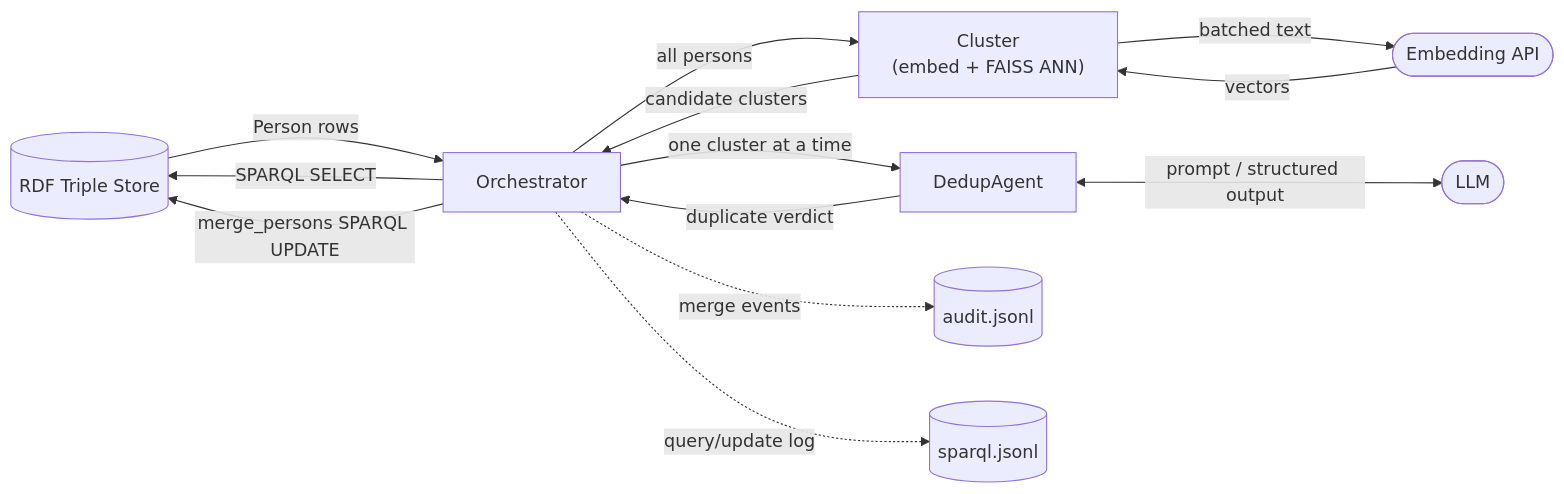
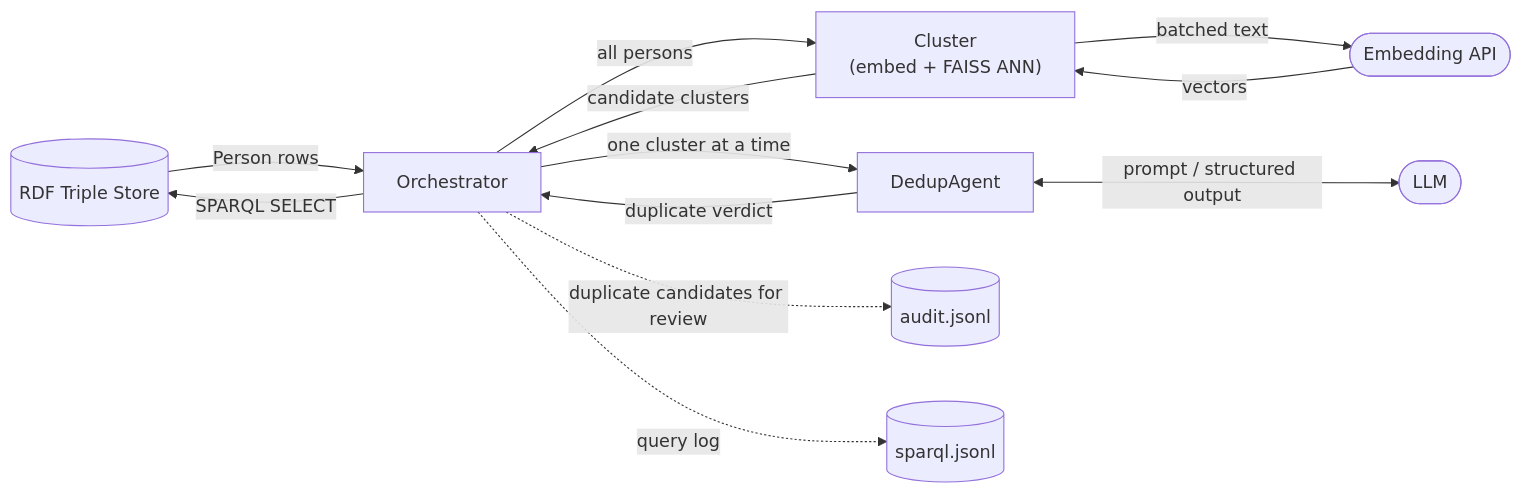
The diagram in README.md (lsgier/kgent), drawn with Mermaid before and after one commit. The commit also changed other lines of this file, not shown here.

Commit message:
Update README to match present-for-review flow and property-bag fetch

````diff
--- a/README.md
+++ b/README.md
@@ -3,19 +3,18 @@
 ```mermaid
 flowchart LR
     TS[(RDF Triple Store)]
     EMB([Embedding API])
     LLM([LLM])
 
     Orchestrator -->|SPARQL SELECT| TS
     TS -->|Person rows| Orchestrator
     Orchestrator -->|all persons| Cluster["Cluster\n(embed + FAISS ANN)"]
     Cluster -->|batched text| EMB
     EMB -->|vectors| Cluster
     Cluster -->|candidate clusters| Orchestrator
     Orchestrator -->|one cluster at a time| DedupAgent
     DedupAgent <-->|prompt / structured output| LLM
     DedupAgent -->|duplicate verdict| Orchestrator
-    Orchestrator -->|merge_persons SPARQL UPDATE| TS
-    Orchestrator -.->|merge events| AuditLog[(audit.jsonl)]
-    Orchestrator -.->|query/update log| SPARQLLog[(sparql.jsonl)]
+    Orchestrator -.->|duplicate candidates for review| AuditLog[(audit.jsonl)]
+    Orchestrator -.->|query log| SPARQLLog[(sparql.jsonl)]
 ```
````
